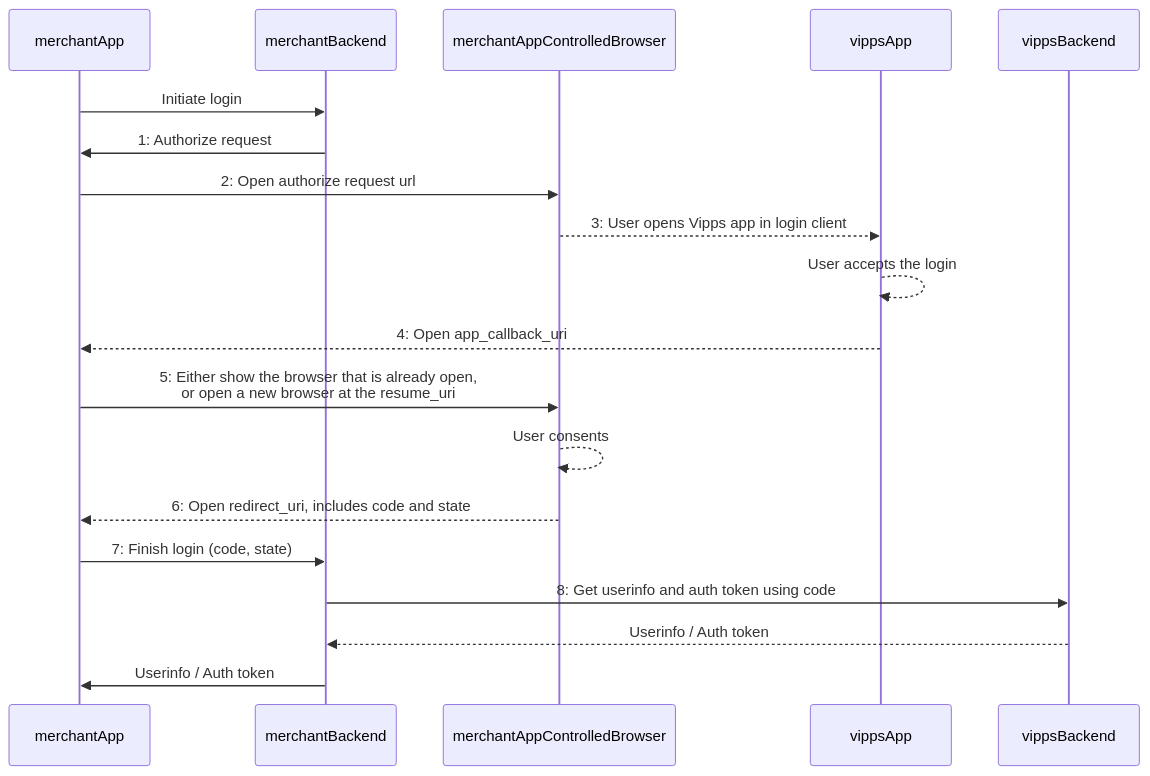
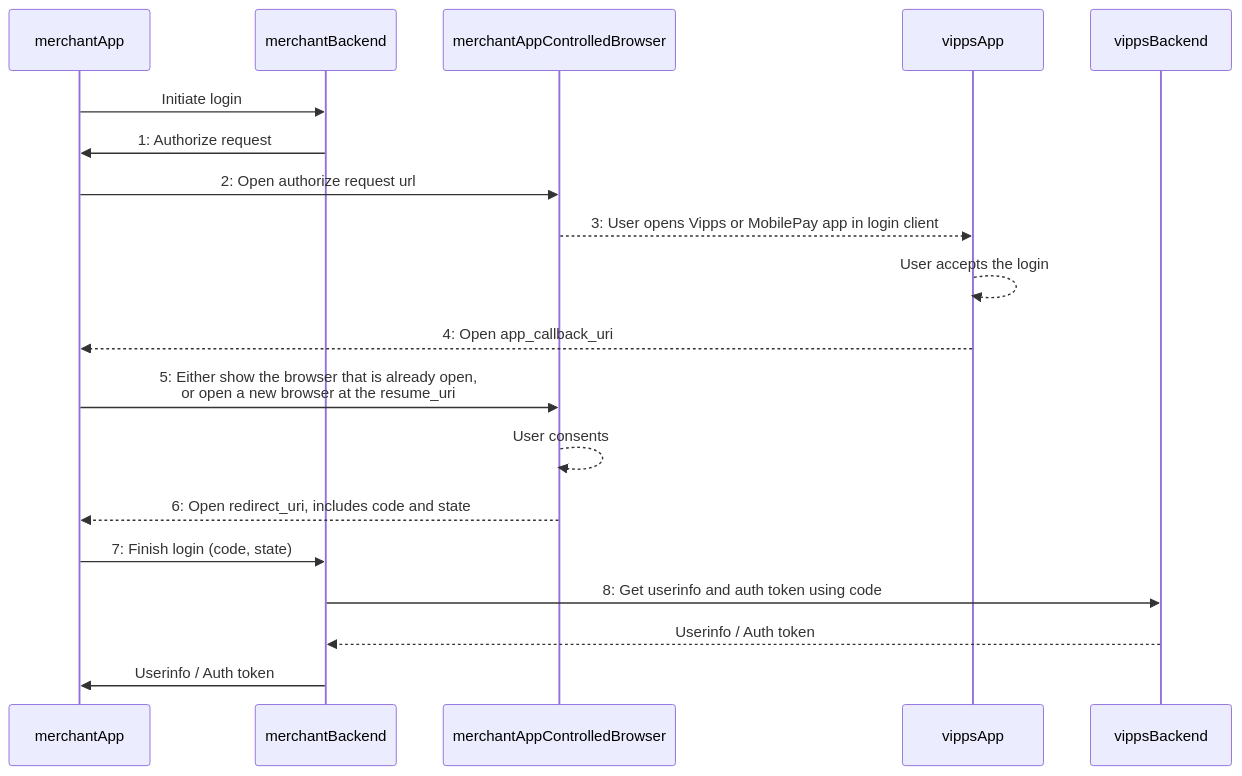
The diagram in api-guide/app-integration.md (vippsas/vipps-login-api), drawn with Mermaid before and after one commit. The commit also changed other lines of this file and 16 other files, not shown here.

First line of the commit message:
Change from "Vipps app" to "Vipps or MobilePay app" (#267)

````diff
--- a/api-guide/app-integration.md
+++ b/api-guide/app-integration.md
@@ -77,16 +77,16 @@
 ```mermaid
 sequenceDiagram
     merchantApp ->> merchantBackend : Initiate login
     merchantBackend ->> merchantApp: 1: Authorize request
     merchantApp ->> merchantAppControlledBrowser : 2: Open authorize request url
-    merchantAppControlledBrowser -->> vippsApp : 3: User opens Vipps app in login client
+    merchantAppControlledBrowser -->> vippsApp : 3: User opens Vipps or MobilePay app in login client
     vippsApp -->> vippsApp: User accepts the login
     vippsApp -->> merchantApp : 4: Open app_callback_uri
     merchantApp ->> merchantAppControlledBrowser : 5: Either show the browser that is already open, <br/> or open a new browser at the resume_uri
     merchantAppControlledBrowser -->> merchantAppControlledBrowser: User consents
     merchantAppControlledBrowser -->> merchantApp : 6: Open redirect_uri, includes code and state
     merchantApp ->>merchantBackend : 7: Finish login (code, state)
     merchantBackend ->> vippsBackend : 8: Get userinfo and auth token using code
     vippsBackend -->> merchantBackend : Userinfo / Auth token
     merchantBackend ->> merchantApp : Userinfo / Auth token
 ```
````
